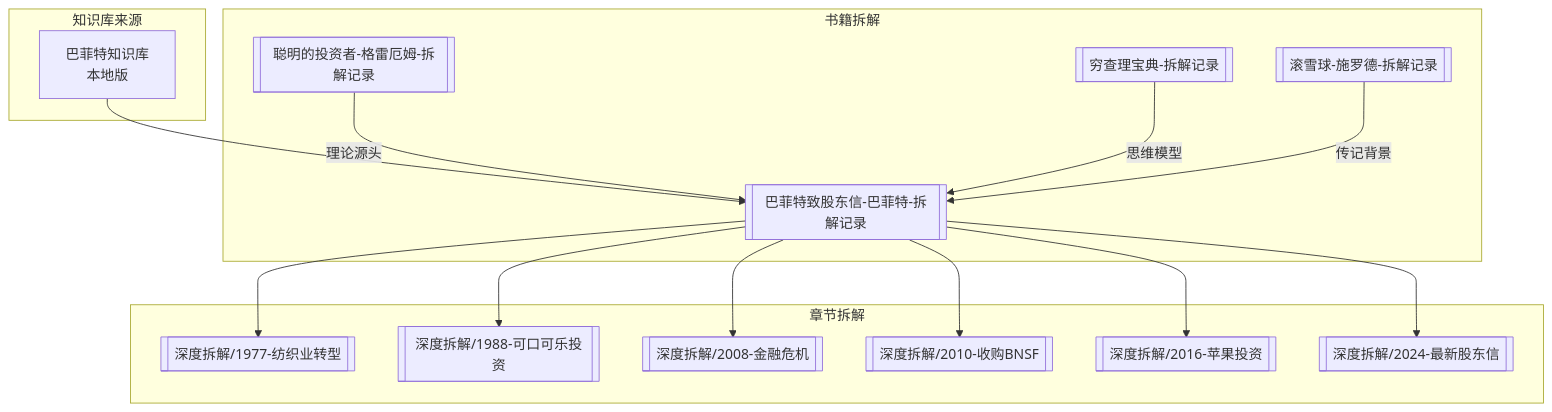
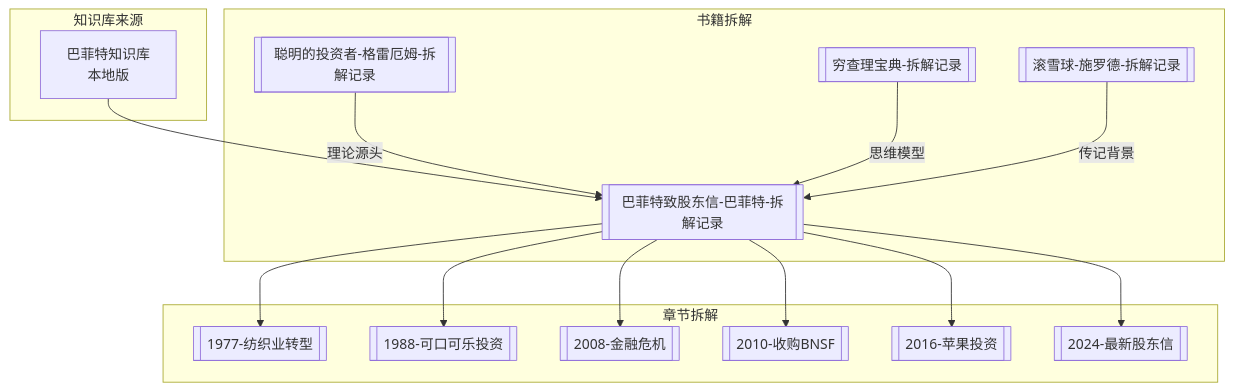
Before and after one commit to ql-wade/buffett-knowledge-base: the third of 3 diagrams in content/finance/巴菲特致股东信-章节拆解/巴菲特知识库索引.md, drawn with Mermaid. The commit also changed other lines of this file and 255 other files, not shown here.

````diff
--- a/content/finance/巴菲特致股东信-章节拆解/巴菲特知识库索引.md
+++ b/content/finance/巴菲特致股东信-章节拆解/巴菲特知识库索引.md
@@ -212,28 +212,28 @@
 ```mermaid
 flowchart TB
     subgraph 知识库来源
         A[巴菲特知识库<br/>本地版]
     end
 
     subgraph 书籍拆解
         B[[巴菲特致股东信-巴菲特-拆解记录]]
         C[[聪明的投资者-格雷厄姆-拆解记录]]
         D[[穷查理宝典-拆解记录]]
         E[[滚雪球-施罗德-拆解记录]]
     end
 
     subgraph 章节拆解
-        F[[深度拆解/1977-纺织业转型]]
-        G[[深度拆解/1988-可口可乐投资]]
-        H[[深度拆解/2008-金融危机]]
-        I[[深度拆解/2010-收购BNSF]]
-        J[[深度拆解/2016-苹果投资]]
-        K[[深度拆解/2024-最新股东信]]
+        F[[1977-纺织业转型]]
+        G[[1988-可口可乐投资]]
+        H[[2008-金融危机]]
+        I[[2010-收购BNSF]]
+        J[[2016-苹果投资]]
+        K[[2024-最新股东信]]
     end
 
     A --> B
     B --> F & G & H & I & J & K
     C -->|理论源头| B
     D -->|思维模型| B
     E -->|传记背景| B
 ```
````
